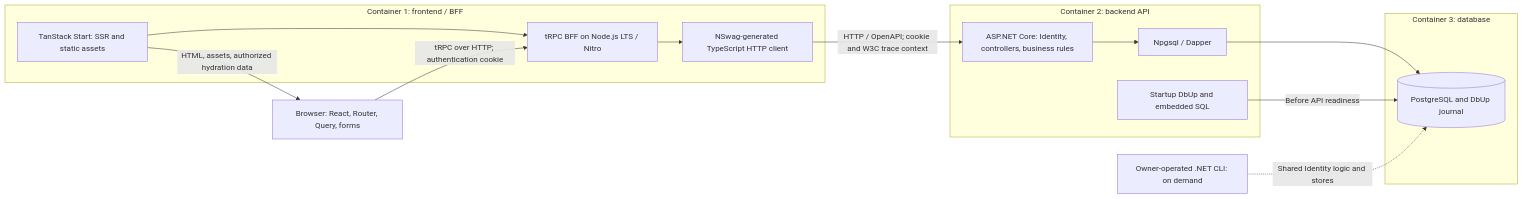
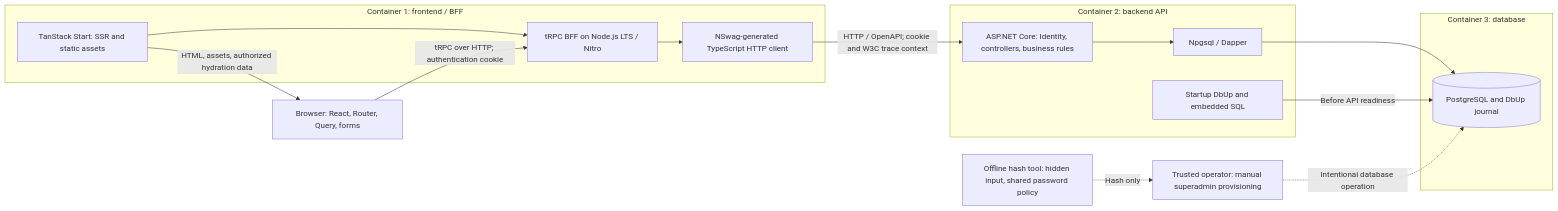
Before and after one commit to Pipehill/advent-calendar: the first of 4 diagrams in docs/architecture.md, drawn with Mermaid. The commit also changed other lines of this file and 9 other files, not shown here.

````diff
--- a/docs/architecture.md
+++ b/docs/architecture.md
@@ -36,26 +36,29 @@
 ```mermaid
 flowchart LR
     browser["Browser: React, Router, Query, forms"]
     subgraph frontend["Container 1: frontend / BFF"]
         start["TanStack Start: SSR and static assets"]
         bff["tRPC BFF on Node.js LTS / Nitro"]
         client["NSwag-generated TypeScript HTTP client"]
         start --> bff
         bff --> client
     end
     subgraph backend["Container 2: backend API"]
         api["ASP.NET Core: Identity, controllers, business rules"]
         sql["Npgsql / Dapper"]
         dbup["Startup DbUp and embedded SQL"]
         api --> sql
     end
     subgraph database["Container 3: database"]
         postgres[("PostgreSQL and DbUp journal")]
     end
     browser -->|"tRPC over HTTP; authentication cookie"| bff
     start -->|"HTML, assets, authorized hydration data"| browser
     client -->|"HTTP / OpenAPI; cookie and W3C trace context"| api
     sql --> postgres
     dbup -->|"Before API readiness"| postgres
-    owner["Owner-operated .NET CLI: on demand"] -.->|"Shared Identity logic and stores"| postgres
+    hashTool["Offline hash tool: hidden input, shared password policy"]
+    operator["Trusted operator: manual superadmin provisioning"]
+    hashTool -.->|"Hash only"| operator
+    operator -.->|"Intentional database operation"| postgres
 ```
````
